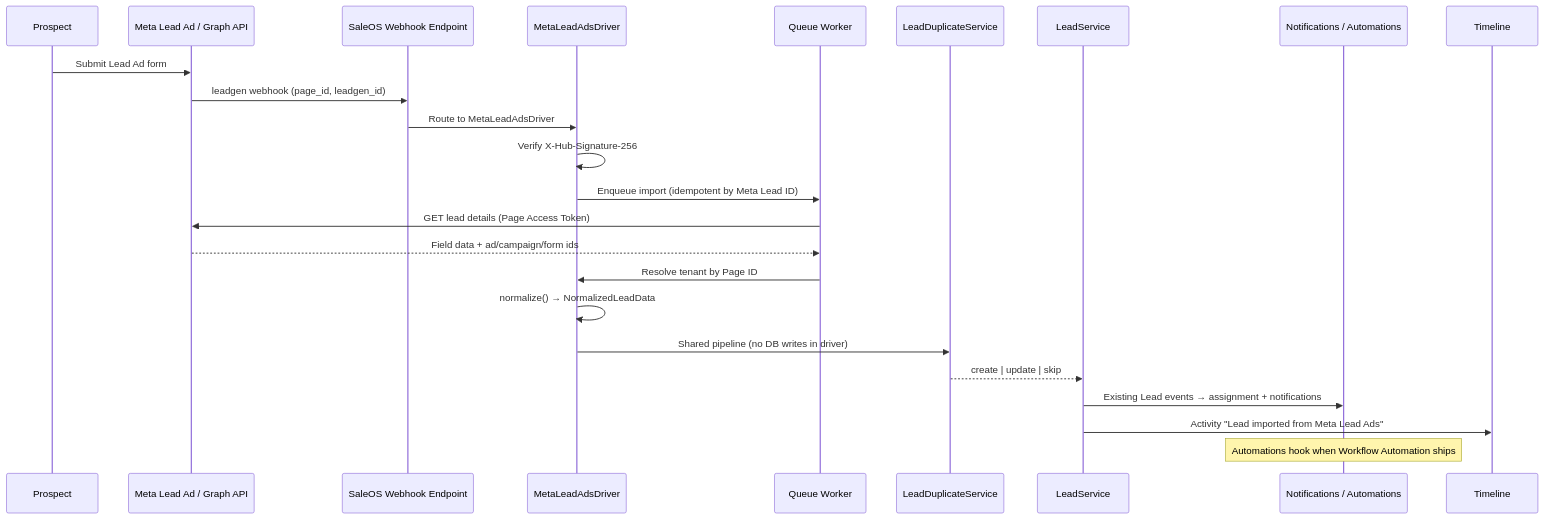
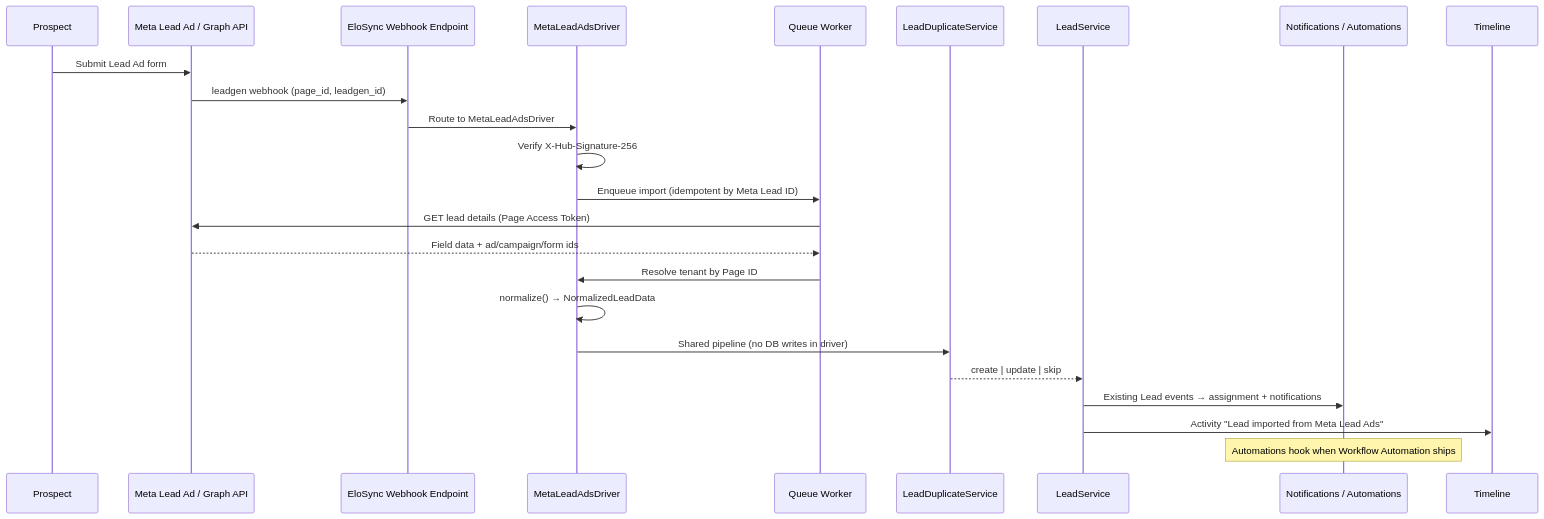
The diagram in docs/developer-guide/meta-lead-ads-integration.md (DiligentCreators/EloSync-Docs), drawn with Mermaid before and after one commit. The commit also changed other lines of this file and 41 other files, not shown here.

Commit message:
Rebrand documentation from SaleOS to EloSync.

````diff
--- a/docs/developer-guide/meta-lead-ads-integration.md
+++ b/docs/developer-guide/meta-lead-ads-integration.md
@@ -83,27 +83,27 @@
 ```mermaid
 sequenceDiagram
   participant User as Prospect
   participant Meta as Meta Lead Ad / Graph API
-  participant WH as SaleOS Webhook Endpoint
+  participant WH as EloSync Webhook Endpoint
   participant Drv as MetaLeadAdsDriver
   participant Q as Queue Worker
   participant Dup as LeadDuplicateService
   participant LS as LeadService
   participant N as Notifications / Automations
   participant TL as Timeline
 
   User->>Meta: Submit Lead Ad form
   Meta->>WH: leadgen webhook (page_id, leadgen_id)
   WH->>Drv: Route to MetaLeadAdsDriver
   Drv->>Drv: Verify X-Hub-Signature-256
   Drv->>Q: Enqueue import (idempotent by Meta Lead ID)
   Q->>Meta: GET lead details (Page Access Token)
   Meta-->>Q: Field data + ad/campaign/form ids
   Q->>Drv: Resolve tenant by Page ID
   Drv->>Drv: normalize() → NormalizedLeadData
   Drv->>Dup: Shared pipeline (no DB writes in driver)
   Dup-->>LS: create | update | skip
   LS->>N: Existing Lead events → assignment + notifications
   LS->>TL: Activity "Lead imported from Meta Lead Ads"
   Note over N: Automations hook when Workflow Automation ships
 ```
````
